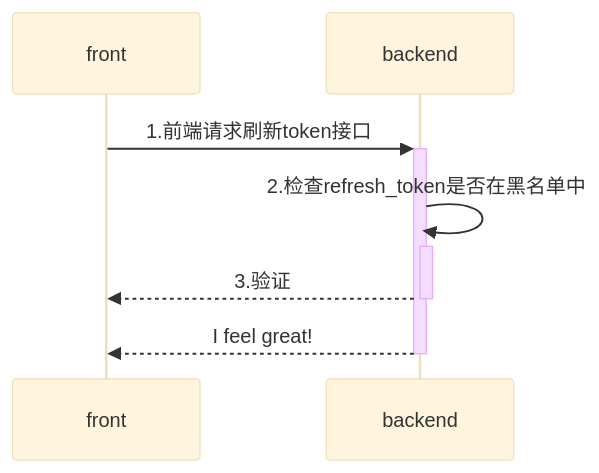
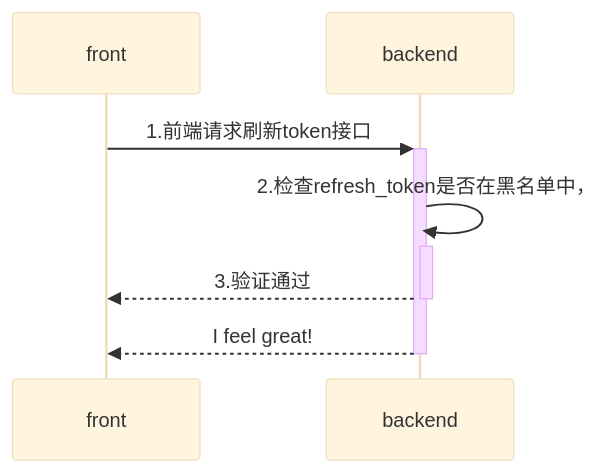
One commit to yingjianzh/iodraw-files changed the diagram in all/未命名-4.md. Above: the diagram before and after it, drawn with Mermaid (base theme).

Commit message:
2024-08-02 17:45:17 update

````diff
--- a/all/未命名-4.md
+++ b/all/未命名-4.md
@@ -1,8 +1,8 @@
 ```mermaid
 sequenceDiagram
     front->>+backend: 1.前端请求刷新token接口
-    backend->>+backend: 2.检查refresh_token是否在黑名单中
-    backend-->>-front: 3.验证
+    backend->>+backend: 2.检查refresh_token是否在黑名单中，
+    backend-->>-front: 3.验证通过
     backend-->>-front: I feel great!
             
 ```
````
